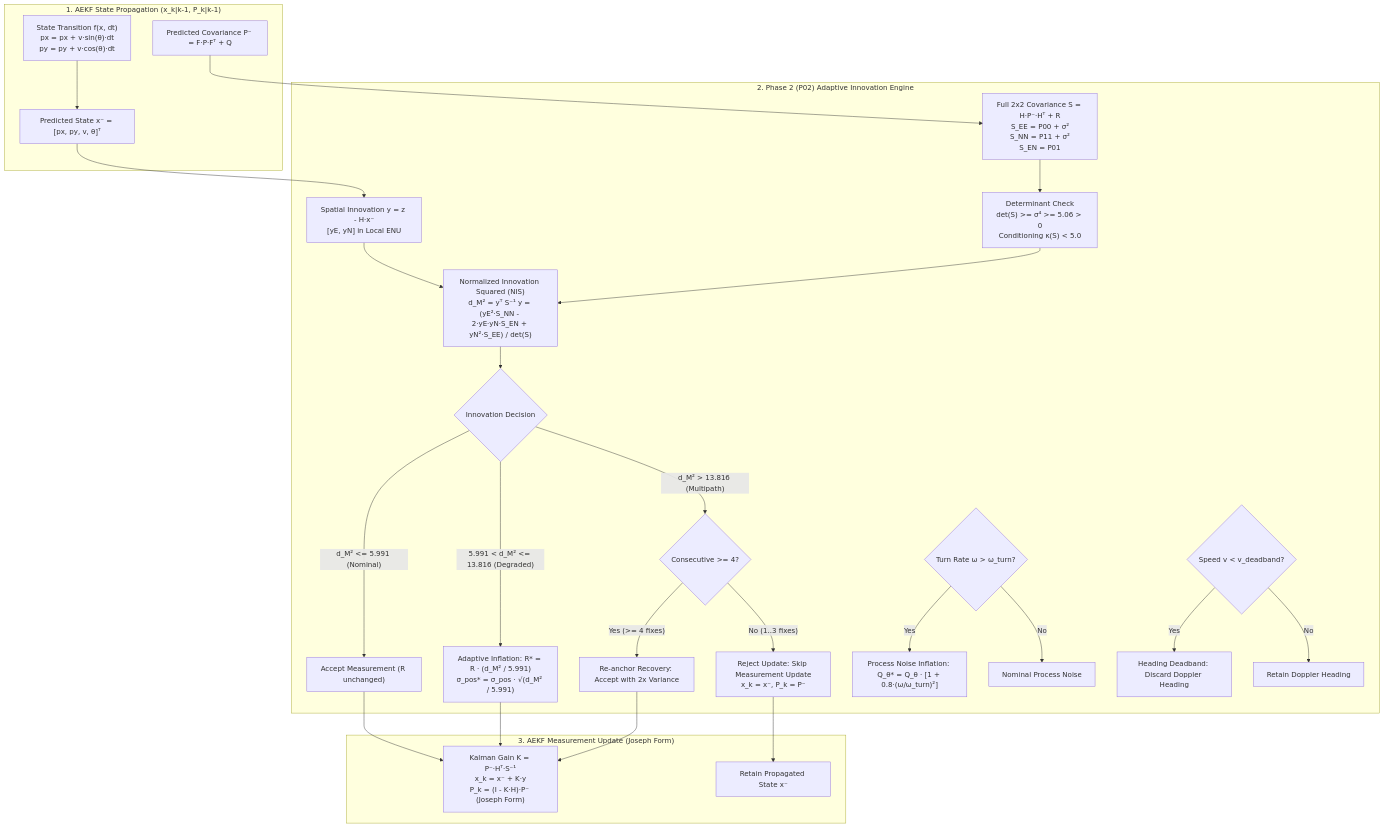
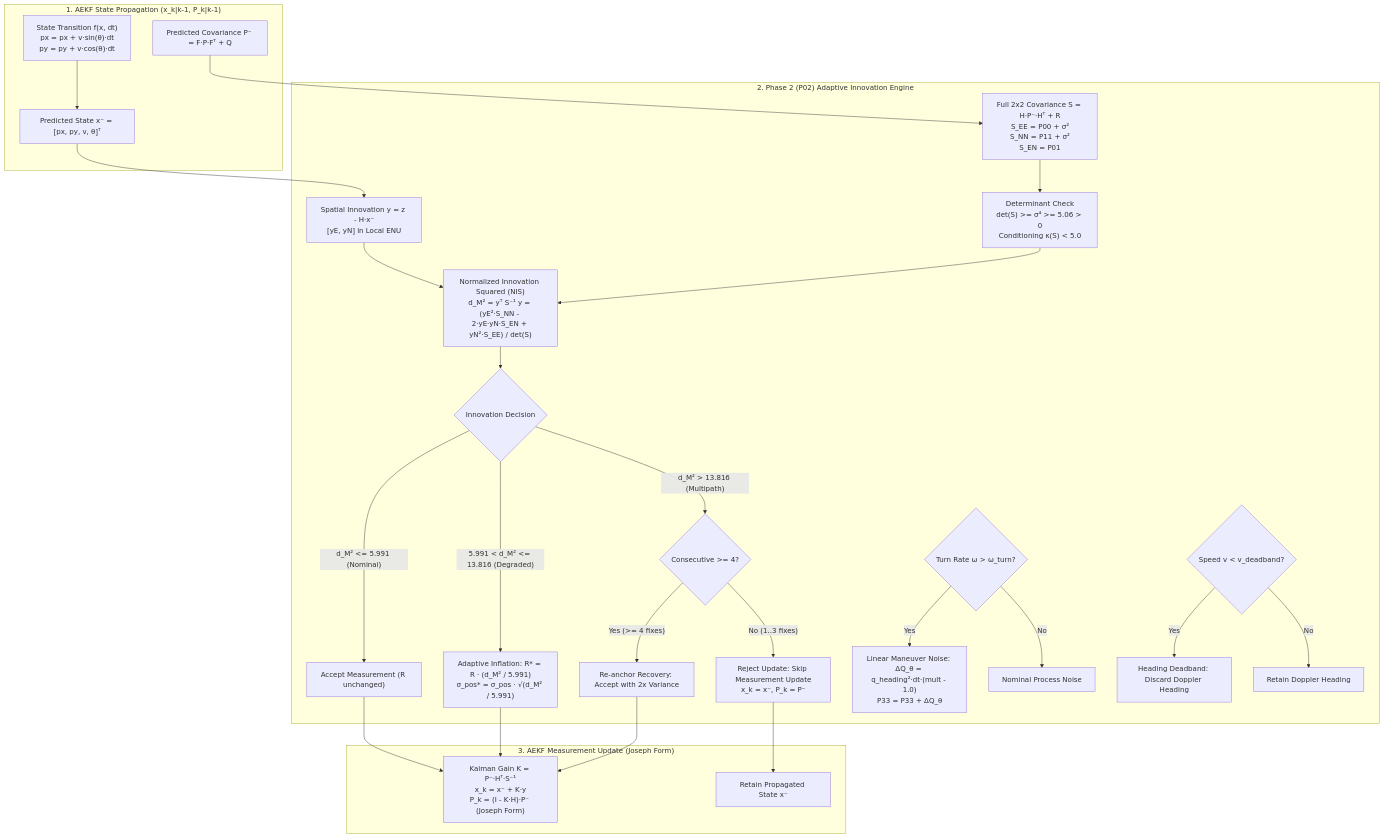
Before and after one commit to DB-Ducbao113/Aetron: the diagram in docs/research/P02_FINAL_VALIDATION.md, drawn with Mermaid. The commit also changed other lines of this file and 5 other files, not shown here.

````diff
--- a/docs/research/P02_FINAL_VALIDATION.md
+++ b/docs/research/P02_FINAL_VALIDATION.md
@@ -57,34 +60,34 @@
 ```mermaid
 flowchart TD
     subgraph EKF_Prior["1. AEKF State Propagation (x_k|k-1, P_k|k-1)"]
         F["State Transition f(x, dt)<br/>px = px + v·sin(θ)·dt<br/>py = py + v·cos(θ)·dt"] --> PredX["Predicted State x⁻ = [px, py, v, θ]ᵀ"]
         PredP["Predicted Covariance P⁻ = F·P·Fᵀ + Q"]
     end
 
     subgraph P02_Correction["2. Phase 2 (P02) Adaptive Innovation Engine"]
         PredX --> Innov["Spatial Innovation y = z - H·x⁻<br/>[yE, yN] in Local ENU"]
         PredP --> FullS["Full 2x2 Covariance S = H·P⁻·Hᵀ + R<br/>S_EE = P00 + σ²<br/>S_NN = P11 + σ²<br/>S_EN = P01"]
         FullS --> DetCheck["Determinant Check<br/>det(S) >= σ⁴ >= 5.06 > 0<br/>Conditioning κ(S) < 5.0"]
         Innov & DetCheck --> NIS["Normalized Innovation Squared (NIS)<br/>d_M² = yᵀ S⁻¹ y = (yE²·S_NN - 2·yE·yN·S_EN + yN²·S_EE) / det(S)"]
         
         NIS --> Gate{"Innovation Decision"}
         Gate -- "d_M² <= 5.991 (Nominal)" --> Nom["Accept Measurement (R unchanged)"]
         Gate -- "5.991 < d_M² <= 13.816 (Degraded)" --> Inflate["Adaptive Inflation: R* = R · (d_M² / 5.991)<br/>σ_pos* = σ_pos · √(d_M² / 5.991)"]
         Gate -- "d_M² > 13.816 (Multipath)" --> OutlierCheck{"Consecutive >= 4?"}
         OutlierCheck -- "No (1..3 fixes)" --> Reject["Reject Update: Skip Measurement Update<br/>x_k = x⁻, P_k = P⁻"]
         OutlierCheck -- "Yes (>= 4 fixes)" --> Reanchor["Re-anchor Recovery: Accept with 2x Variance"]
 
         TurnCheck{"Turn Rate ω > ω_turn?"}
-        TurnCheck -- "Yes" --> ScaleQ["Process Noise Inflation: Q_θ* = Q_θ · [1 + 0.8·(ω/ω_turn)²]"]
+        TurnCheck -- "Yes" --> ScaleQ["Linear Maneuver Noise: ΔQ_θ = q_heading²·dt·(mult - 1.0)<br/>P33 = P33 + ΔQ_θ"]
         TurnCheck -- "No" --> NomQ["Nominal Process Noise"]
 
         DeadbandCheck{"Speed v < v_deadband?"}
         DeadbandCheck -- "Yes" --> ClampHead["Heading Deadband: Discard Doppler Heading"]
         DeadbandCheck -- "No" --> KeepHead["Retain Doppler Heading"]
     end
 
     subgraph EKF_Update["3. AEKF Measurement Update (Joseph Form)"]
         Nom & Inflate & Reanchor --> Update["Kalman Gain K = P⁻·Hᵀ·S⁻¹<br/>x_k = x⁻ + K·y<br/>P_k = (I - K·H)·P⁻ (Joseph Form)"]
         Reject --> Pass["Retain Propagated State x⁻"]
     end
 ```
````
